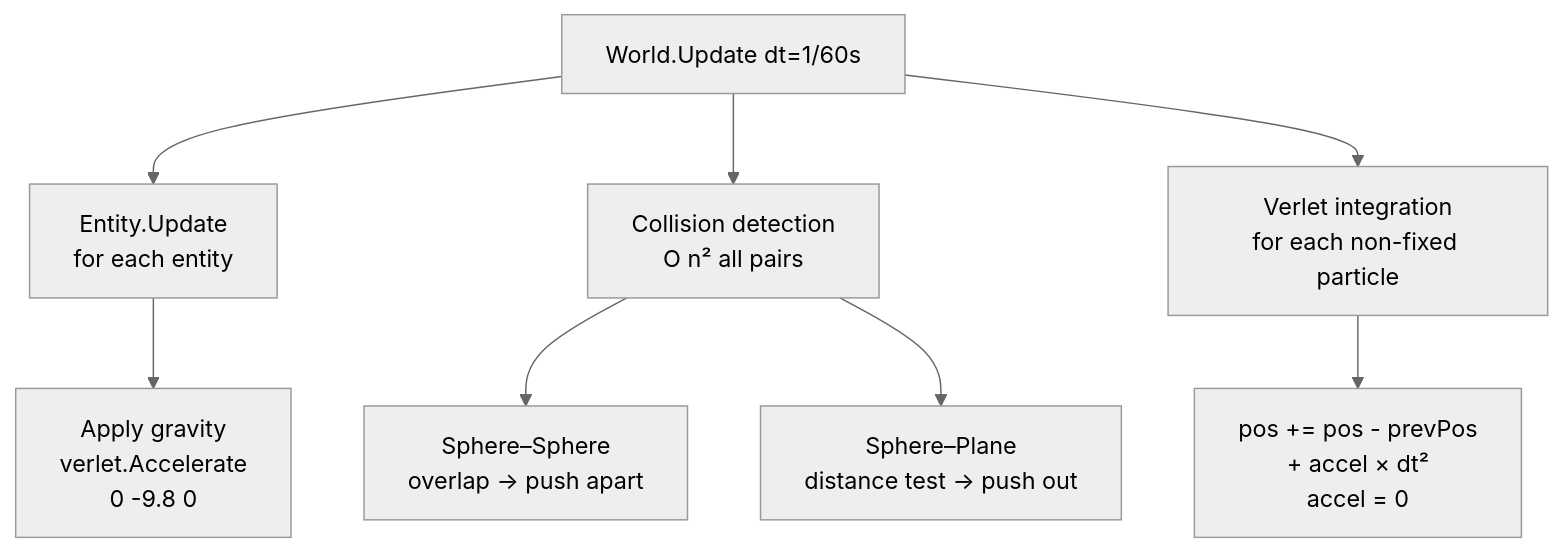
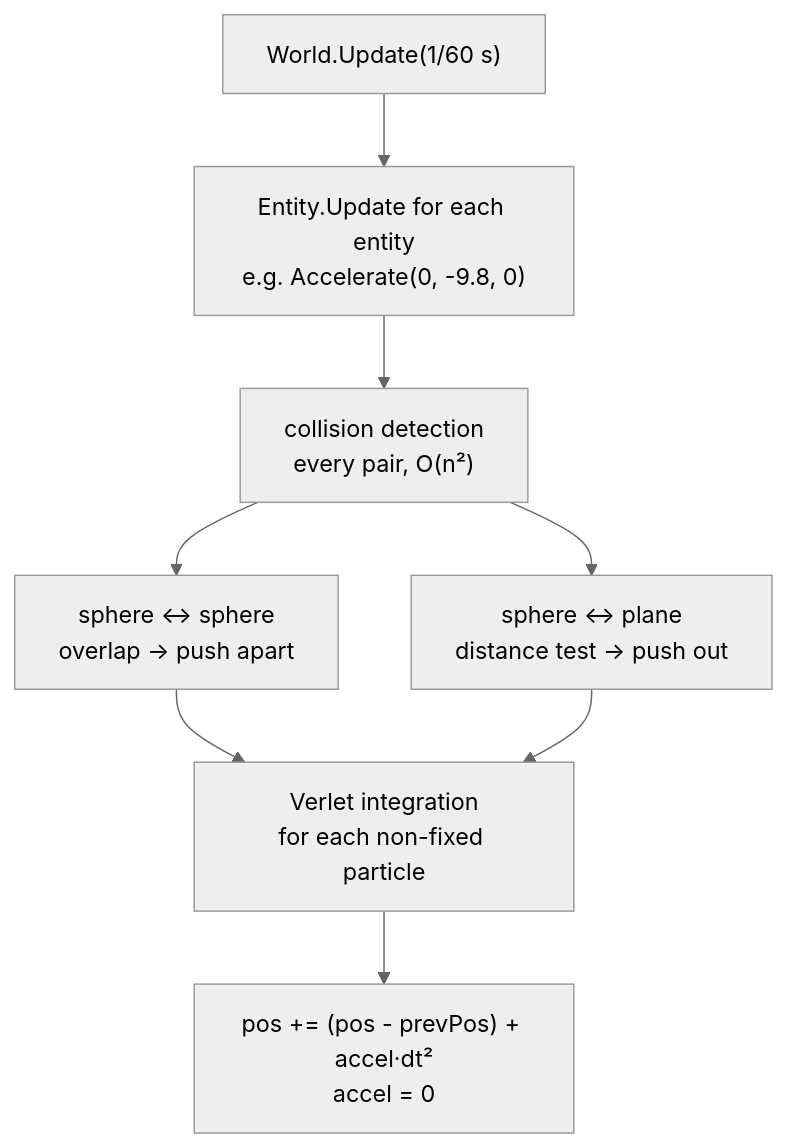
Before and after one commit to Zephyr75/overdrive: the third of 3 diagrams in notes/ARCHITECTURE.md, drawn with Mermaid (neutral theme). The commit also changed other lines of this file and 18 other files, not shown here.

````diff
--- a/notes/ARCHITECTURE.md
+++ b/notes/ARCHITECTURE.md
@@ -192,14 +187,11 @@
 ```mermaid
 flowchart TD
-    W[World.Update dt=1/60s]
-
-    W --> U[Entity.Update\nfor each entity]
-    U --> G[Apply gravity\nverlet.Accelerate\n0 -9.8 0]
-
-    W --> C[Collision detection\nO n² all pairs]
-    C --> SS[Sphere–Sphere\noverlap → push apart]
-    C --> SP[Sphere–Plane\ndistance test → push out]
-
-    W --> V[Verlet integration\nfor each non-fixed particle]
-    V --> VI["pos += pos - prevPos\n     + accel × dt²\naccel = 0"]
+    W["World.Update(1/60 s)"]
+    W --> U["Entity.Update for each entity<br/>e.g. Accelerate(0, -9.8, 0)"]
+    U --> C["collision detection<br/>every pair, O(n²)"]
+    C --> SS["sphere ↔ sphere<br/>overlap → push apart"]
+    C --> SP["sphere ↔ plane<br/>distance test → push out"]
+    SS --> V
+    SP --> V["Verlet integration<br/>for each non-fixed particle"]
+    V --> VI["pos += (pos - prevPos) + accel·dt²<br/>accel = 0"]
 ```
````
